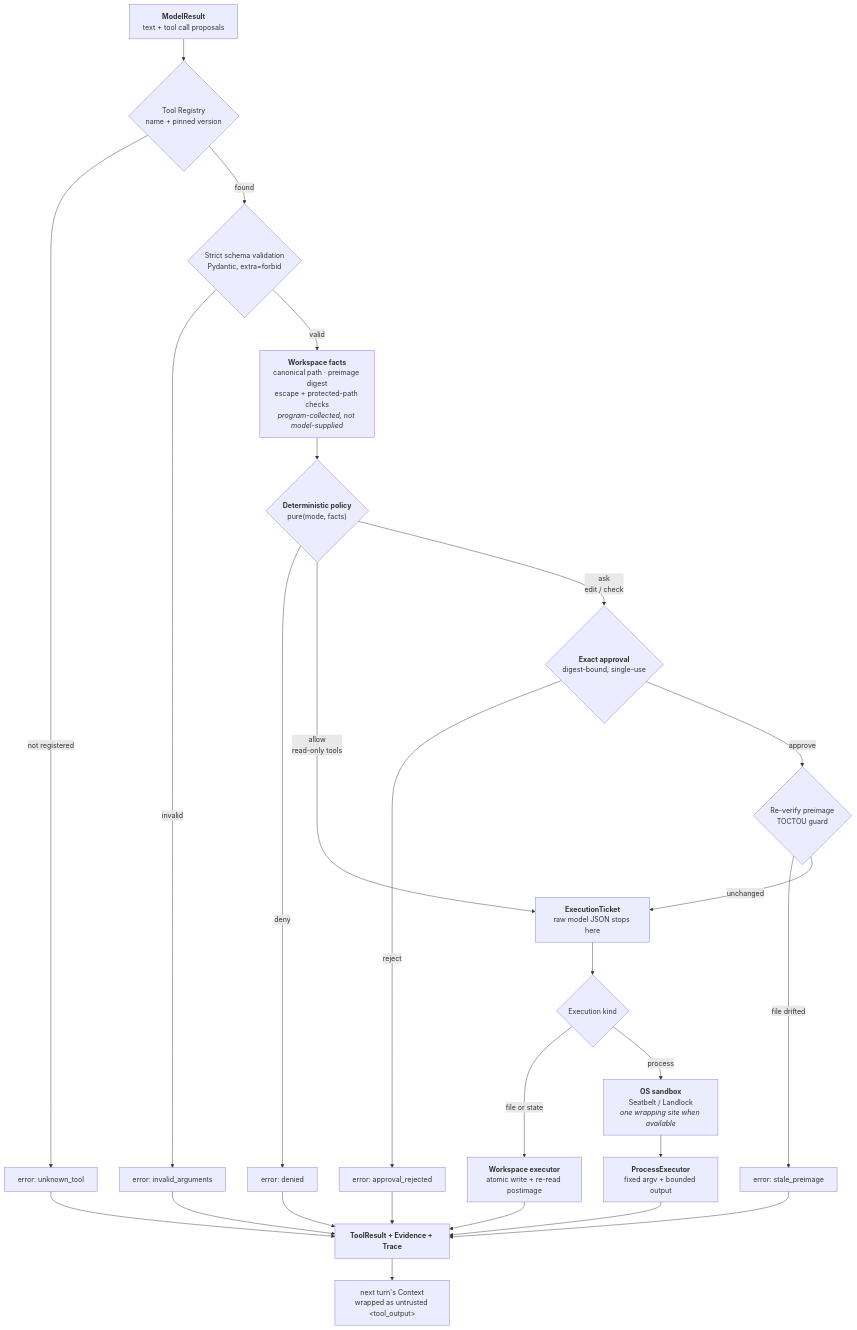
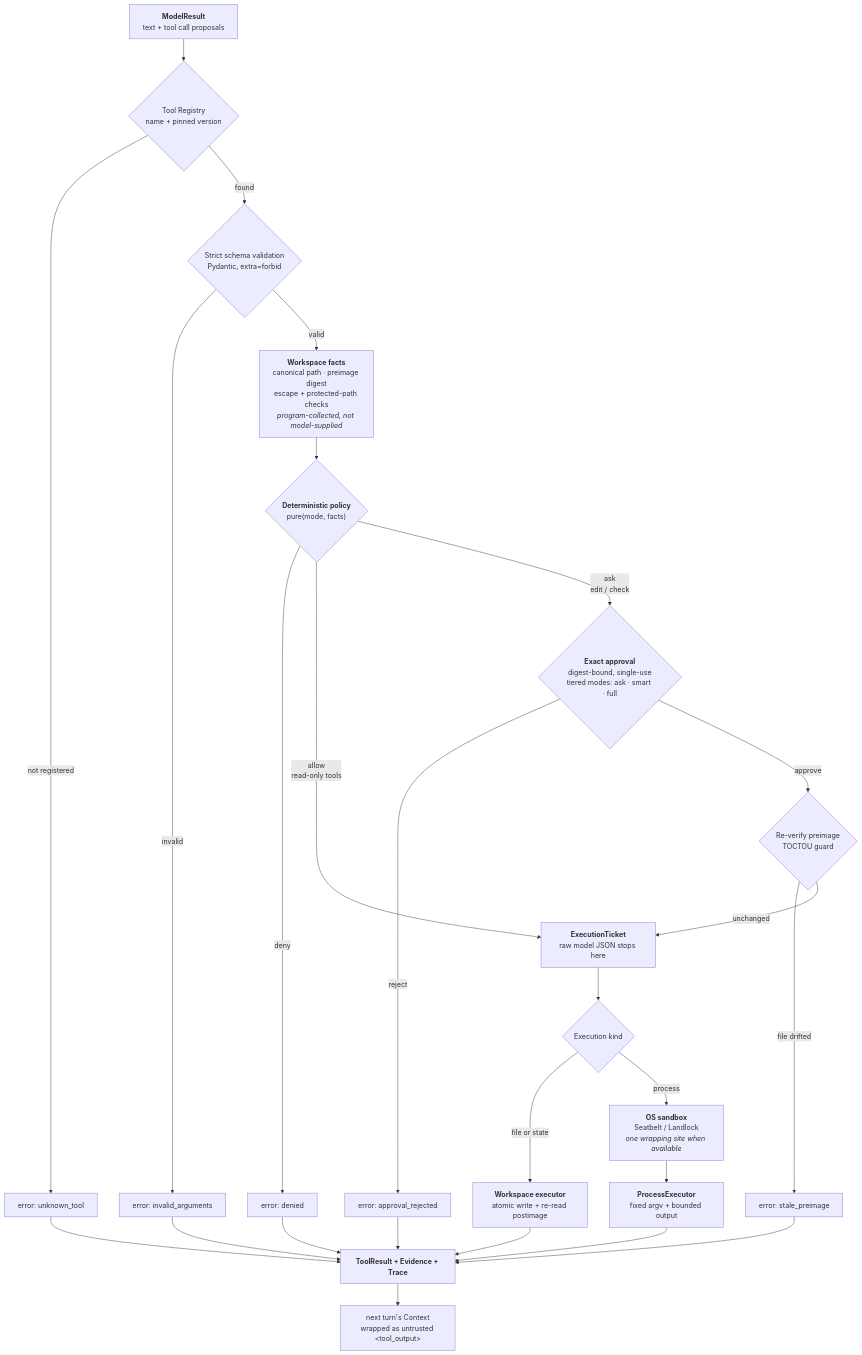
One commit to dyxnb22/Haven changed the second of 3 diagrams in docs/ARCHITECTURE.md. Above: the diagram before and after it, drawn with Mermaid. The commit also changed other lines of this file and 131 other files, not shown here.

````diff
--- a/docs/ARCHITECTURE.md
+++ b/docs/ARCHITECTURE.md
@@ -171,28 +181,28 @@
 ```mermaid
 flowchart TD
     M["<b>ModelResult</b><br/>text + tool call proposals"] --> REG{"Tool Registry<br/>name + pinned version"}
     REG -->|not registered| E1["error: unknown_tool"]
     REG -->|found| SCH{"Strict schema validation<br/>Pydantic, extra=forbid"}
     SCH -->|invalid| E2["error: invalid_arguments"]
     SCH -->|valid| FACTS["<b>Workspace facts</b><br/>canonical path · preimage digest<br/>escape + protected-path checks<br/><i>program-collected, not model-supplied</i>"]
     FACTS --> POL{"<b>Deterministic policy</b><br/>pure(mode, facts)"}
     POL -->|deny| E3["error: denied"]
     POL -->|allow<br/>read-only tools| TICKET
-    POL -->|ask<br/>edit / check| APR{"<b>Exact approval</b><br/>digest-bound, single-use"}
+    POL -->|ask<br/>edit / check| APR{"<b>Exact approval</b><br/>digest-bound, single-use<br/>tiered modes: ask · smart · full"}
     APR -->|reject| E4["error: approval_rejected"]
     APR -->|approve| TOC{"Re-verify preimage<br/>TOCTOU guard"}
     TOC -->|file drifted| E5["error: stale_preimage"]
     TOC -->|unchanged| TICKET["<b>ExecutionTicket</b><br/>raw model JSON stops here"]
     TICKET --> KIND{"Execution kind"}
     KIND -->|file or state| FS["<b>Workspace executor</b><br/>atomic write + re-read postimage"]
     KIND -->|process| SBX["<b>OS sandbox</b><br/>Seatbelt / Landlock<br/><i>one wrapping site when available</i>"]
     SBX --> PROC["<b>ProcessExecutor</b><br/>fixed argv + bounded output"]
     FS --> OUT["<b>ToolResult + Evidence + Trace</b>"]
     PROC --> OUT
     E1 --> OUT
     E2 --> OUT
     E3 --> OUT
     E4 --> OUT
     E5 --> OUT
     OUT --> CTX["next turn's Context<br/>wrapped as untrusted &lt;tool_output&gt;"]
 ```
````
